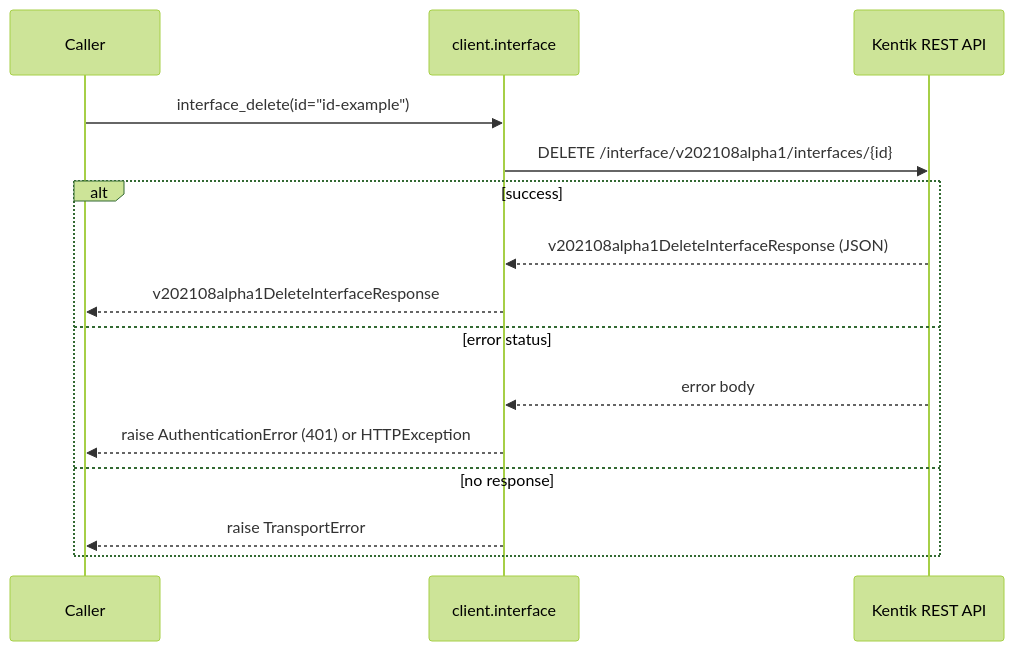
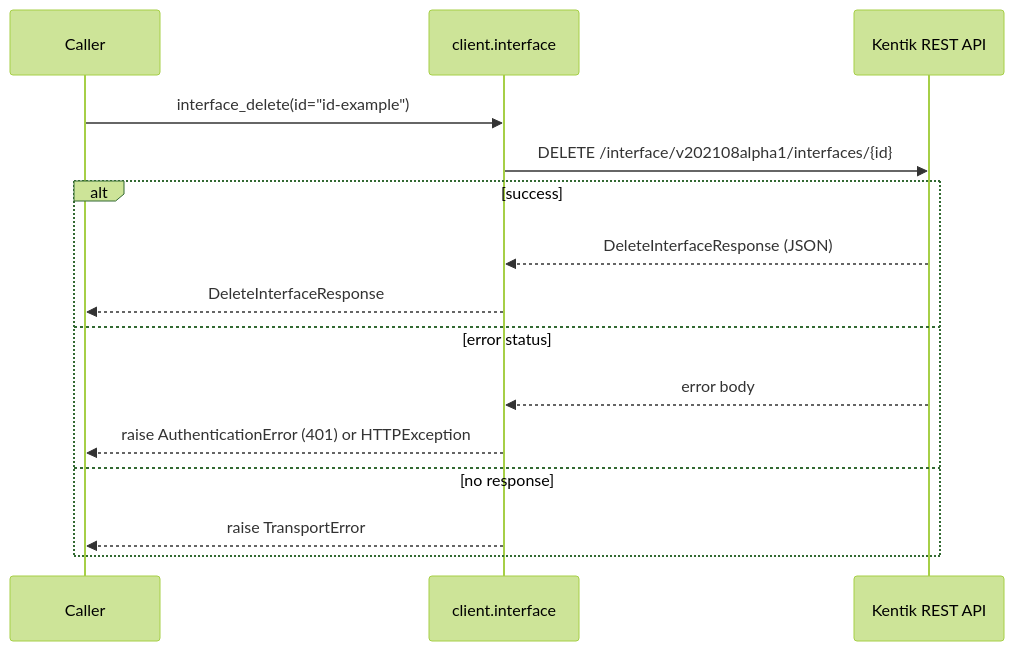
Before and after one commit to alexdearaujo/community_sdk_python: the tenth of 14 diagrams in docs/sphinx/services/interface.md, drawn with Mermaid (forest theme). The commit also changed other lines of this file and 38 other files, not shown here.

````diff
--- a/docs/sphinx/services/interface.md
+++ b/docs/sphinx/services/interface.md
@@ -348,18 +348,18 @@
 ```mermaid
 sequenceDiagram
     participant C as Caller
     participant W as client.interface
     participant API as Kentik REST API
 
     C->>W: interface_delete(id="id-example")
     W->>API: DELETE /interface/v202108alpha1/interfaces/{id}
     alt success
-        API-->>W: v202108alpha1DeleteInterfaceResponse (JSON)
-        W-->>C: v202108alpha1DeleteInterfaceResponse
+        API-->>W: DeleteInterfaceResponse (JSON)
+        W-->>C: DeleteInterfaceResponse
     else error status
         API-->>W: error body
         W-->>C: raise AuthenticationError (401) or HTTPException
     else no response
         W-->>C: raise TransportError
     end
 ```
````
